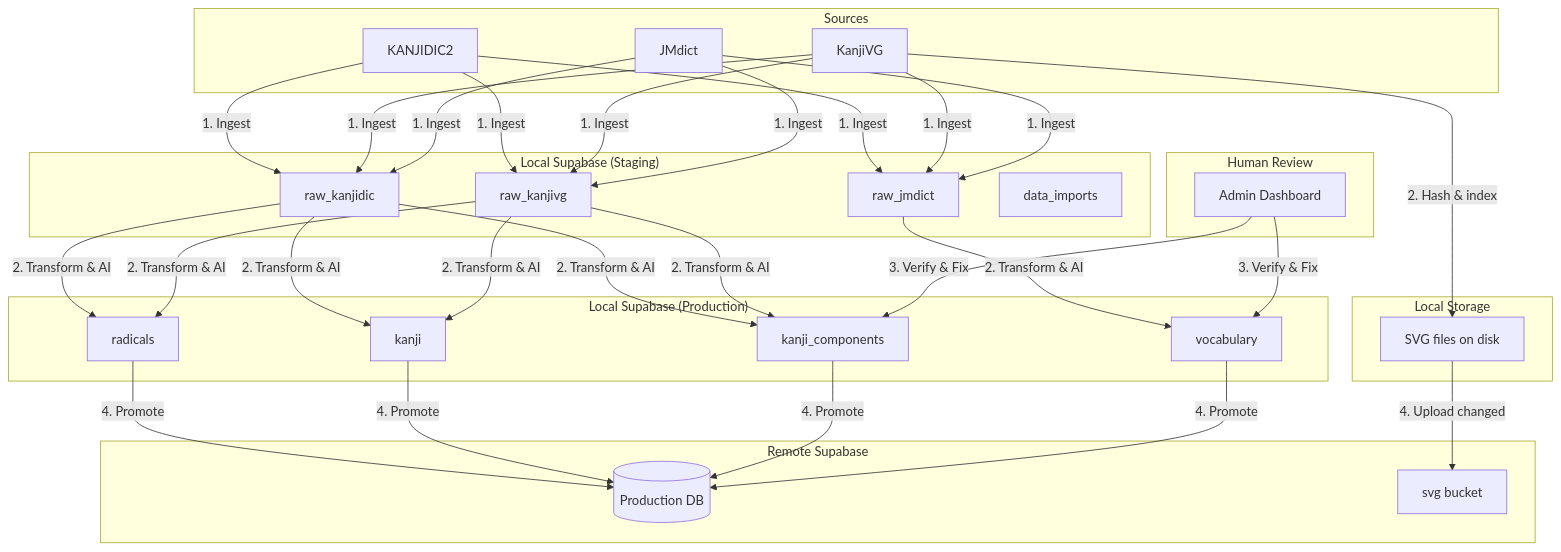
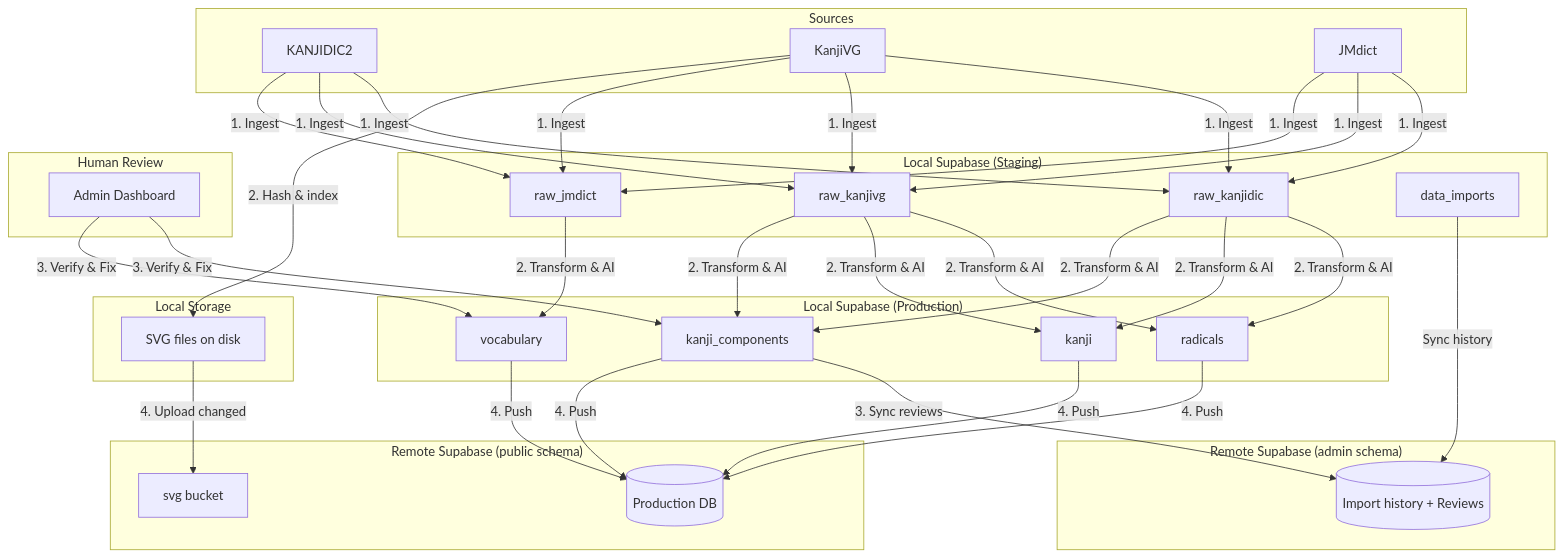
Before and after one commit to Va1erii/kanji_craft: the diagram in docs/technical/pipeline.md, drawn with Mermaid. The commit also changed other lines of this file and 6 other files, not shown here.

First line of the commit message:
docs: adopt stateless admin architecture

````diff
--- a/docs/technical/pipeline.md
+++ b/docs/technical/pipeline.md
@@ -80,44 +87,50 @@
 ```mermaid
 graph TD
     subgraph Sources
         XML[KANJIDIC2]
         SVG[KanjiVG]
         JMD[JMdict]
     end
 
     subgraph "Local Supabase (Staging)"
         RawK[raw_kanjidic]
         RawV[raw_kanjivg]
         RawJ[raw_jmdict]
         Imports[data_imports]
     end
 
     subgraph "Local Supabase (Production)"
         Rad[radicals]
         Kan[kanji]
         Comp[kanji_components]
         Vocab[vocabulary]
     end
 
     subgraph "Local Storage"
         LocalSVG[SVG files on disk]
     end
 
     subgraph "Human Review"
         Admin[Admin Dashboard]
     end
 
-    subgraph "Remote Supabase"
+    subgraph "Remote Supabase (admin schema)"
+        AdminDB[(Import history + Reviews)]
+    end
+
+    subgraph "Remote Supabase (public schema)"
         ProdDB[(Production DB)]
         Bucket[svg bucket]
     end
 
     XML & SVG & JMD -->|"1. Ingest"| RawK & RawV & RawJ
     SVG -->|"2. Hash & index"| LocalSVG
     RawK & RawV -->|"2. Transform & AI"| Rad & Kan & Comp
     RawJ -->|"2. Transform & AI"| Vocab
     Admin -->|"3. Verify & Fix"| Comp
     Admin -->|"3. Verify & Fix"| Vocab
-    Rad & Kan & Comp & Vocab -->|"4. Promote"| ProdDB
+    Comp -->|"3. Sync reviews"| AdminDB
+    Imports -->|"Sync history"| AdminDB
+    Rad & Kan & Comp & Vocab -->|"4. Push"| ProdDB
     LocalSVG -->|"4. Upload changed"| Bucket
 ```
````
